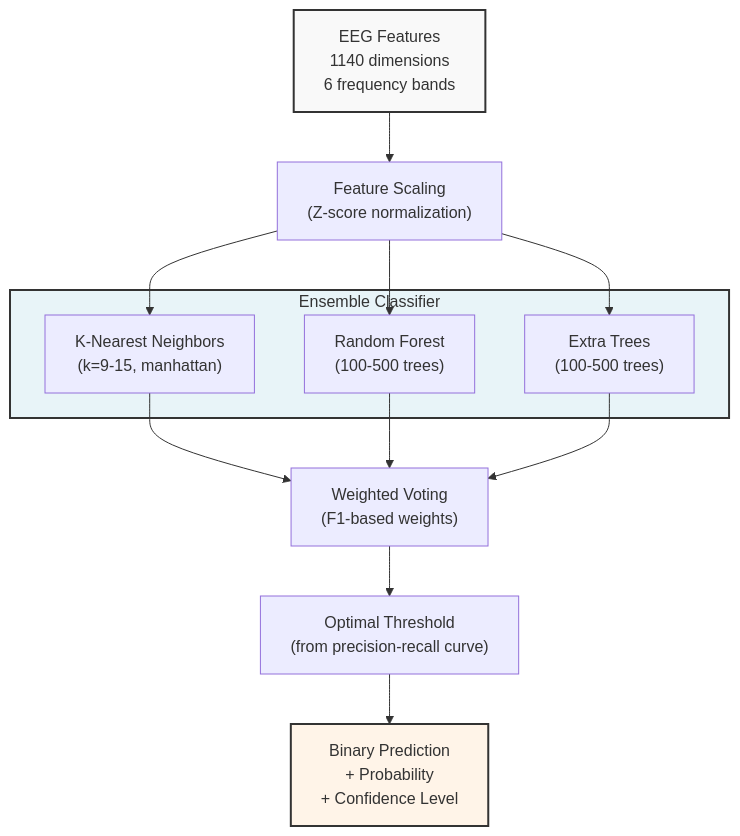
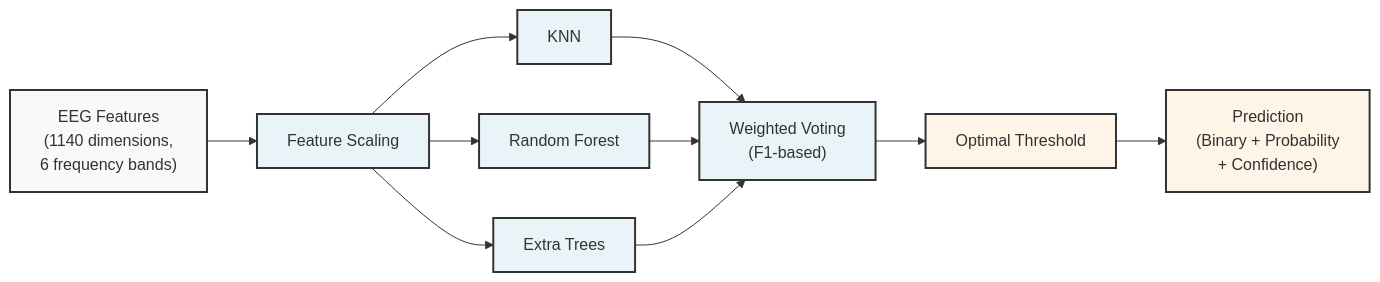
One commit to RahulPatnaik/AIML-LAB-EL changed the diagram in model-architecture.mmd. Above: the diagram before and after it, drawn with Mermaid. The commit also changed 2 other files, not shown here.

Commit message:
Fix diagram layout - remove arrow overlapping
- Changed from graph to flowchart for better spacing
- Removed subgraphs causing overlap issues
- Cleaner node labels for better rendering
- Proper arrow flow without overlaps

🤖 Generated with [Claude Code](https://claude.com/claude-code)

```diff
--- a/model-architecture.mmd
+++ b/model-architecture.mmd
@@ -1,29 +1,28 @@
-graph TB
-    Input["EEG Features<br/>1140 dimensions<br/>6 frequency bands"]
+flowchart LR
+    A["EEG Features<br/>(1140 dimensions,<br/>6 frequency bands)"]
+    B["Feature Scaling"]
+    C["KNN"]
+    D["Random Forest"]
+    E["Extra Trees"]
+    F["Weighted Voting<br/>(F1-based)"]
+    G["Optimal Threshold"]
+    H["Prediction<br/>(Binary + Probability<br/>+ Confidence)"]
 
-    Preprocess["Feature Scaling<br/>(Z-score normalization)"]
+    A --> B
+    B --> C
+    B --> D
+    B --> E
+    C --> F
+    D --> F
+    E --> F
+    F --> G
+    G --> H
 
-    subgraph Ensemble["Ensemble Classifier"]
-        KNN["K-Nearest Neighbors<br/>(k=9-15, manhattan)"]
-        RF["Random Forest<br/>(100-500 trees)"]
-        ET["Extra Trees<br/>(100-500 trees)"]
-    end
-
-    Vote["Weighted Voting<br/>(F1-based weights)"]
-    Threshold["Optimal Threshold<br/>(from precision-recall curve)"]
-
-    Output["Binary Prediction<br/>+ Probability<br/>+ Confidence Level"]
-
-    Input --> Preprocess
-    Preprocess --> KNN
-    Preprocess --> RF
-    Preprocess --> ET
-    KNN --> Vote
-    RF --> Vote
-    ET --> Vote
-    Vote --> Threshold
-    Threshold --> Output
-
-    style Input fill:#f9f9f9,stroke:#333,stroke-width:2px
-    style Ensemble fill:#e8f4f8,stroke:#333,stroke-width:2px
-    style Output fill:#fff4e8,stroke:#333,stroke-width:2px
+    style A fill:#f9f9f9,stroke:#333,stroke-width:2px
+    style B fill:#e8f4f8,stroke:#333,stroke-width:2px
+    style C fill:#e8f4f8,stroke:#333,stroke-width:2px
+    style D fill:#e8f4f8,stroke:#333,stroke-width:2px
+    style E fill:#e8f4f8,stroke:#333,stroke-width:2px
+    style F fill:#e8f4f8,stroke:#333,stroke-width:2px
+    style G fill:#fff4e8,stroke:#333,stroke-width:2px
+    style H fill:#fff4e8,stroke:#333,stroke-width:2px
```
